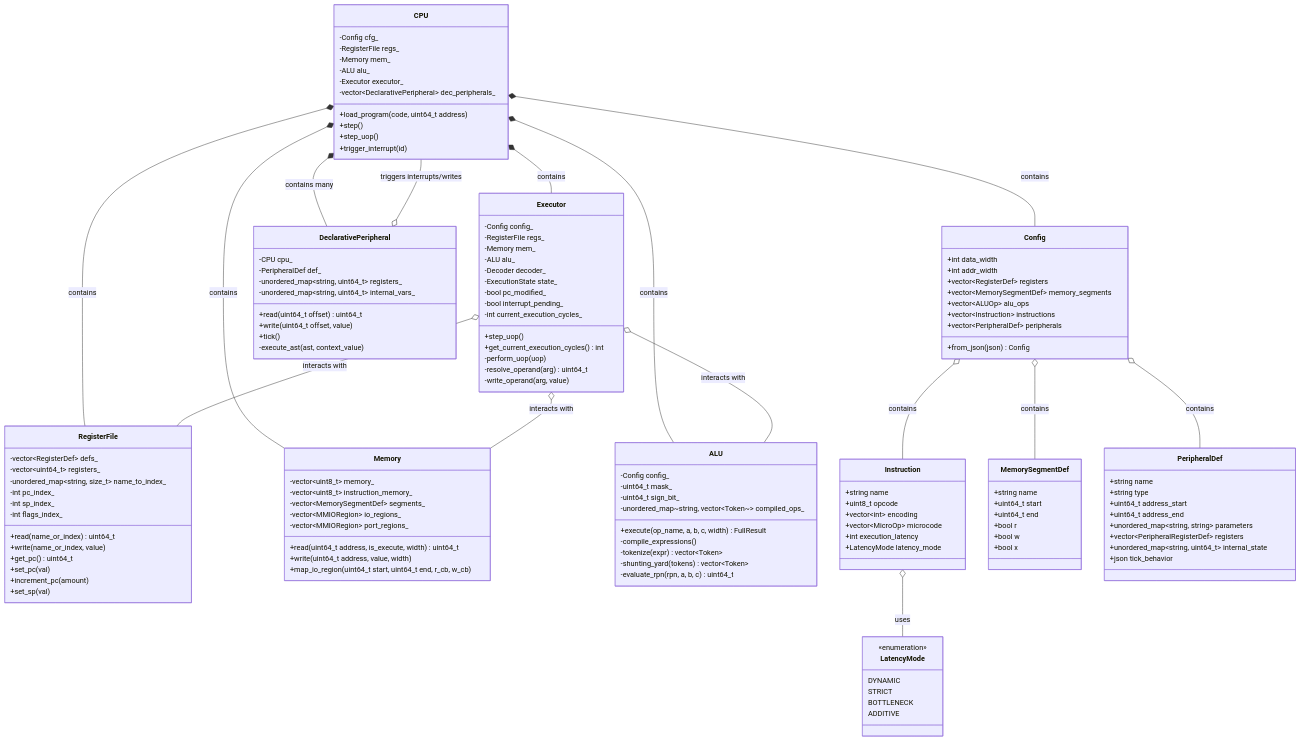
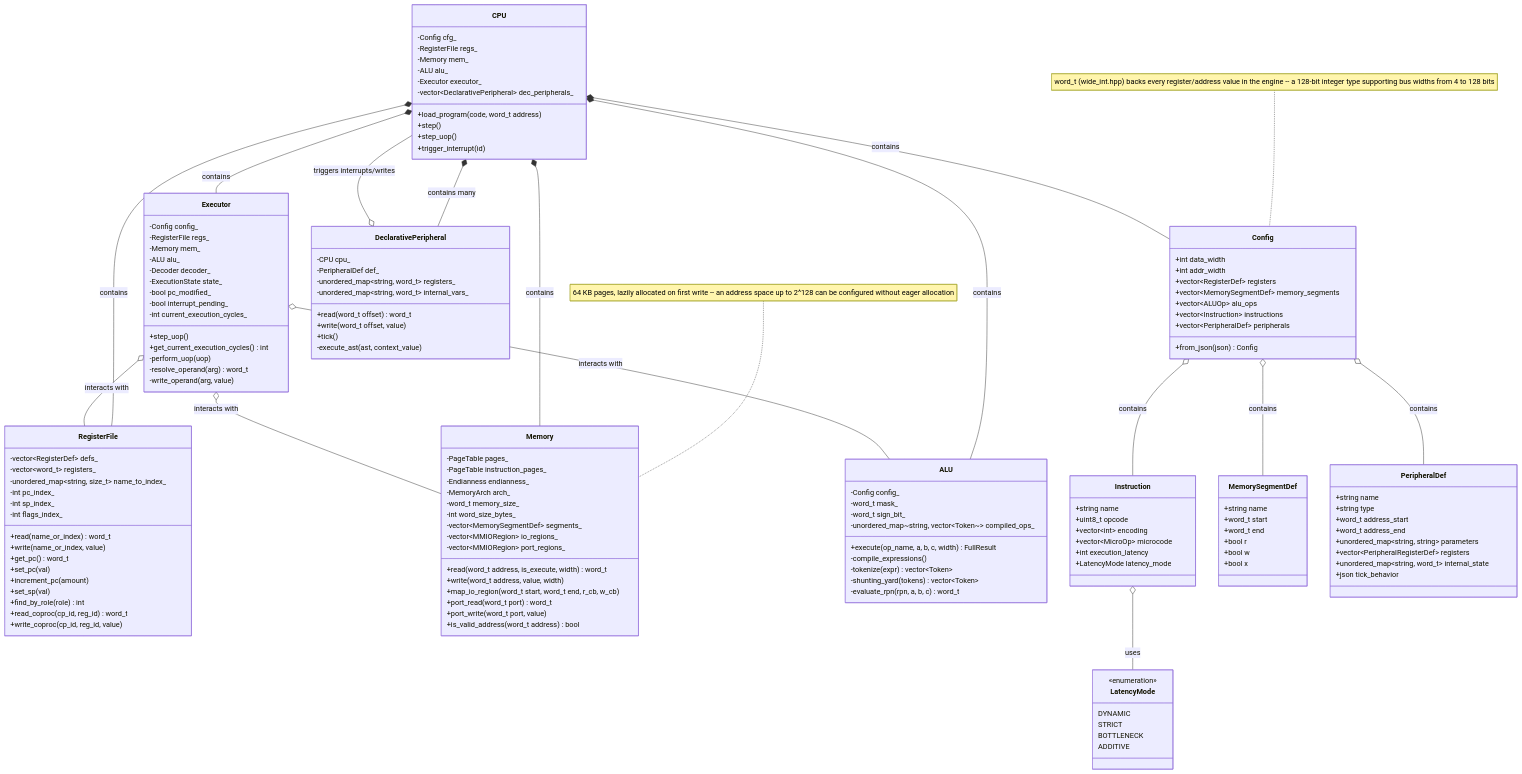
One commit to JohnieWalkerCZ/cpu_simulator changed the diagram in diagrams/classes.mmd. Above: the diagram before and after it, drawn with Mermaid. The commit also changed 8 other files, not shown here.

```diff
--- a/diagrams/classes.mmd
+++ b/diagrams/classes.mmd
@@ -1,143 +1,155 @@
 classDiagram
     direction TB
     class Config {
         +int data_width
         +int addr_width
         +vector~RegisterDef~ registers
         +vector~MemorySegmentDef~ memory_segments
         +vector~ALUOp~ alu_ops
         +vector~Instruction~ instructions
         +vector~PeripheralDef~ peripherals
         +from_json(json) Config
     }
+    note for Config "word_t (wide_int.hpp) backs every register/address value in the engine -- a 128-bit integer type supporting bus widths from 4 to 128 bits"
 
     class CPU {
         -Config cfg_
         -RegisterFile regs_
         -Memory mem_
         -ALU alu_
         -Executor executor_
         -vector~DeclarativePeripheral~ dec_peripherals_
-        +load_program(code, uint64_t address)
+        +load_program(code, word_t address)
         +step()
         +step_uop()
         +trigger_interrupt(id)
     }
 
     class RegisterFile {
         -vector~RegisterDef~ defs_
-        -vector~uint64_t~ registers_
+        -vector~word_t~ registers_
         -unordered_map~string, size_t~ name_to_index_
         -int pc_index_
         -int sp_index_
         -int flags_index_
-        +read(name_or_index) uint64_t
+        +read(name_or_index) word_t
         +write(name_or_index, value)
-        +get_pc() uint64_t
+        +get_pc() word_t
         +set_pc(val)
         +increment_pc(amount)
         +set_sp(val)
+        +find_by_role(role) int
+        +read_coproc(cp_id, reg_id) word_t
+        +write_coproc(cp_id, reg_id, value)
     }
 
     class Memory {
-        -vector~uint8_t~ memory_
-        -vector~uint8_t~ instruction_memory_
+        -PageTable pages_
+        -PageTable instruction_pages_
+        -Endianness endianness_
+        -MemoryArch arch_
+        -word_t memory_size_
+        -int word_size_bytes_
         -vector~MemorySegmentDef~ segments_
         -vector~MMIORegion~ io_regions_
         -vector~MMIORegion~ port_regions_
-        +read(uint64_t address, is_execute, width) uint64_t
-        +write(uint64_t address, value, width)
-        +map_io_region(uint64_t start, uint64_t end, r_cb, w_cb)
+        +read(word_t address, is_execute, width) word_t
+        +write(word_t address, value, width)
+        +map_io_region(word_t start, word_t end, r_cb, w_cb)
+        +port_read(word_t port) word_t
+        +port_write(word_t port, value)
+        +is_valid_address(word_t address) bool
     }
+    note for Memory "64 KB pages, lazily allocated on first write -- an address space up to 2^128 can be configured without eager allocation"
 
     class ALU {
         -Config config_
-        -uint64_t mask_
-        -uint64_t sign_bit_
+        -word_t mask_
+        -word_t sign_bit_
         -unordered_map~string, vector~Token~~ compiled_ops_
         +execute(op_name, a, b, c, width) FullResult
         -compile_expressions()
         -tokenize(expr) vector~Token~
         -shunting_yard(tokens) vector~Token~
-        -evaluate_rpn(rpn, a, b, c) uint64_t
+        -evaluate_rpn(rpn, a, b, c) word_t
     }
 
     class Executor {
         -Config config_
         -RegisterFile regs_
         -Memory mem_
         -ALU alu_
         -Decoder decoder_
         -ExecutionState state_
         -bool pc_modified_
         -bool interrupt_pending_
         -int current_execution_cycles_
         +step_uop()
         +get_current_execution_cycles() int
         -perform_uop(uop)
-        -resolve_operand(arg) uint64_t
+        -resolve_operand(arg) word_t
         -write_operand(arg, value)
     }
 
     class DeclarativePeripheral {
         -CPU cpu_
         -PeripheralDef def_
-        -unordered_map~string, uint64_t~ registers_
-        -unordered_map~string, uint64_t~ internal_vars_
-        +read(uint64_t offset) uint64_t
-        +write(uint64_t offset, value)
+        -unordered_map~string, word_t~ registers_
+        -unordered_map~string, word_t~ internal_vars_
+        +read(word_t offset) word_t
+        +write(word_t offset, value)
         +tick()
         -execute_ast(ast, context_value)
     }
 
     class Instruction {
         +string name
         +uint8_t opcode
         +vector~int~ encoding
         +vector~MicroOp~ microcode
         +int execution_latency
         +LatencyMode latency_mode
     }
 
     class MemorySegmentDef {
         +string name
-        +uint64_t start
-        +uint64_t end
+        +word_t start
+        +word_t end
         +bool r
         +bool w
         +bool x
     }
 
     class PeripheralDef {
         +string name
         +string type
-        +uint64_t address_start
-        +uint64_t address_end
+        +word_t address_start
+        +word_t address_end
         +unordered_map~string, string~ parameters
         +vector~PeripheralRegisterDef~ registers
-        +unordered_map~string, uint64_t~ internal_state
+        +unordered_map~string, word_t~ internal_state
         +json tick_behavior
     }
 
     class LatencyMode {
         <<enumeration>>
         DYNAMIC
         STRICT
         BOTTLENECK
         ADDITIVE
     }
 
     CPU *-- Config : contains
     CPU *-- RegisterFile : contains
     CPU *-- Memory : contains
     CPU *-- ALU : contains
     CPU *-- Executor : contains
     CPU *-- DeclarativePeripheral : contains many
     Executor o-- RegisterFile : interacts with
     Executor o-- Memory : interacts with
     Executor o-- ALU : interacts with
     DeclarativePeripheral o-- CPU : triggers interrupts/writes
     Instruction o-- LatencyMode : uses
     Config o-- Instruction : contains
     Config o-- MemorySegmentDef : contains
     Config o-- PeripheralDef : contains
```
